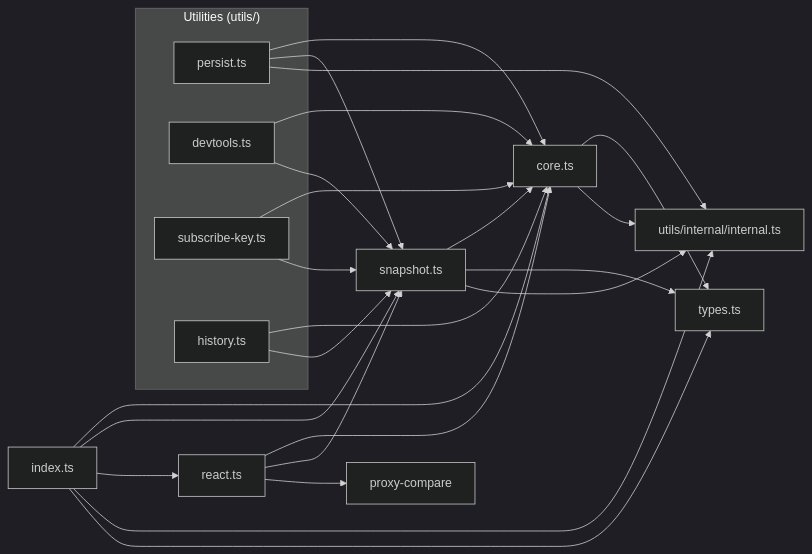
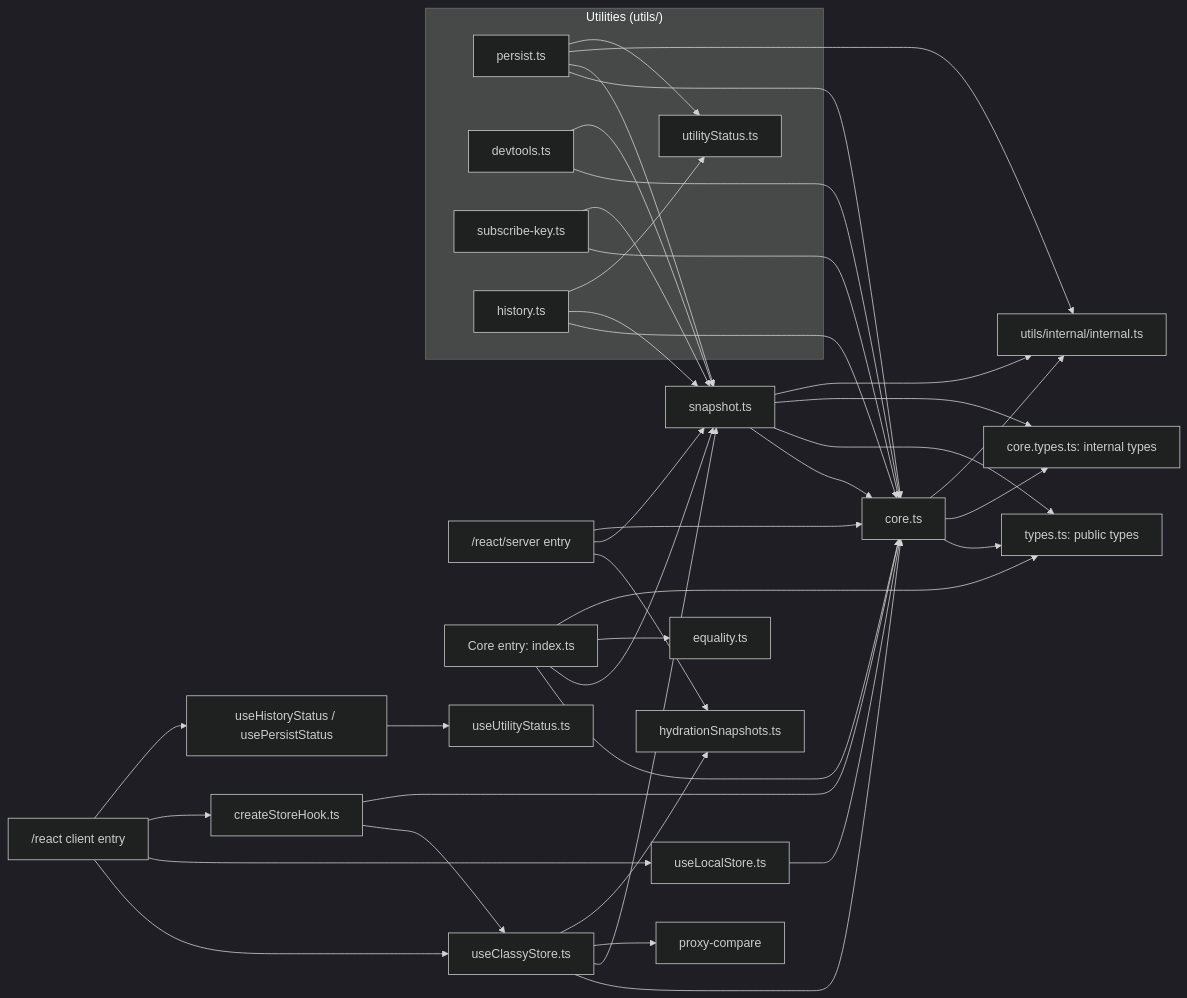
One commit to codeBelt/classy-store changed the eighth of 8 diagrams in website/docs/ARCHITECTURE.md. Above: the diagram before and after it, drawn with Mermaid (dark theme). The commit also changed other lines of this file and 88 other files, not shown here.

````diff
--- a/website/docs/ARCHITECTURE.md
+++ b/website/docs/ARCHITECTURE.md
@@ -419,33 +437,49 @@
 ```mermaid
 graph LR
-  react["react.ts"] --> core["core.ts"]
-  react --> snapshot["snapshot.ts"]
-  react --> proxyCompare["proxy-compare"]
+  reactEntry["/react client entry"] --> hook["useClassyStore.ts"]
+  reactEntry --> localHook["useLocalStore.ts"]
+  reactEntry --> factory["createStoreHook.ts"]
+  factory --> hook
+  factory --> core["core.ts"]
+  localHook --> core
+  hook --> core
+  hook --> snapshot["snapshot.ts"]
+  hook --> proxyCompare["proxy-compare"]
+  hook --> hydration["hydrationSnapshots.ts"]
+  serverEntry["/react/server entry"] --> hydration
+  serverEntry --> snapshot
+  serverEntry --> core
   snapshot --> core
-  snapshot --> types["types.ts"]
+  snapshot --> types["types.ts: public types"]
+  snapshot --> coreTypes["core.types.ts: internal types"]
   snapshot --> internal["utils/internal/internal.ts"]
   core --> types
+  core --> coreTypes
   core --> internal
-  index["index.ts"] --> core
+  index["Core entry: index.ts"] --> core
   index --> snapshot
-  index --> react
-  index --> internal
+  index --> equality["equality.ts"]
   index --> types
 
   subgraph utilities ["Utilities (utils/)"]
     persist["persist.ts"]
     devtools["devtools.ts"]
     subscribeKey["subscribe-key.ts"]
     withHistory["history.ts"]
+    status["utilityStatus.ts"]
   end
 
   persist --> core
   persist --> snapshot
   persist --> internal
+  persist --> status
   devtools --> core
   devtools --> snapshot
   subscribeKey --> core
   subscribeKey --> snapshot
   withHistory --> core
   withHistory --> snapshot
+  withHistory --> status
+  reactEntry --> statusHooks["useHistoryStatus / usePersistStatus"]
+  statusHooks --> sharedHook["useUtilityStatus.ts"]
 ```
````
